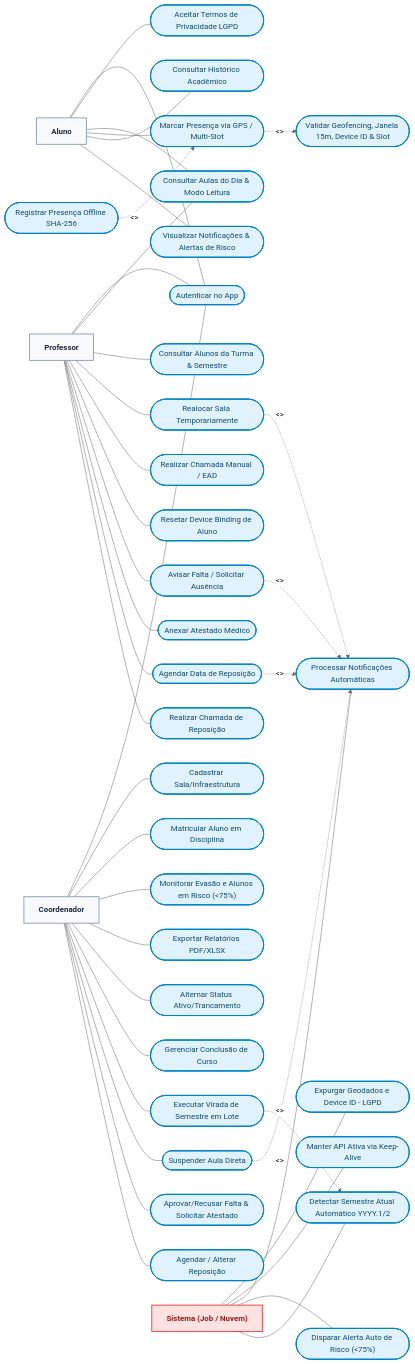
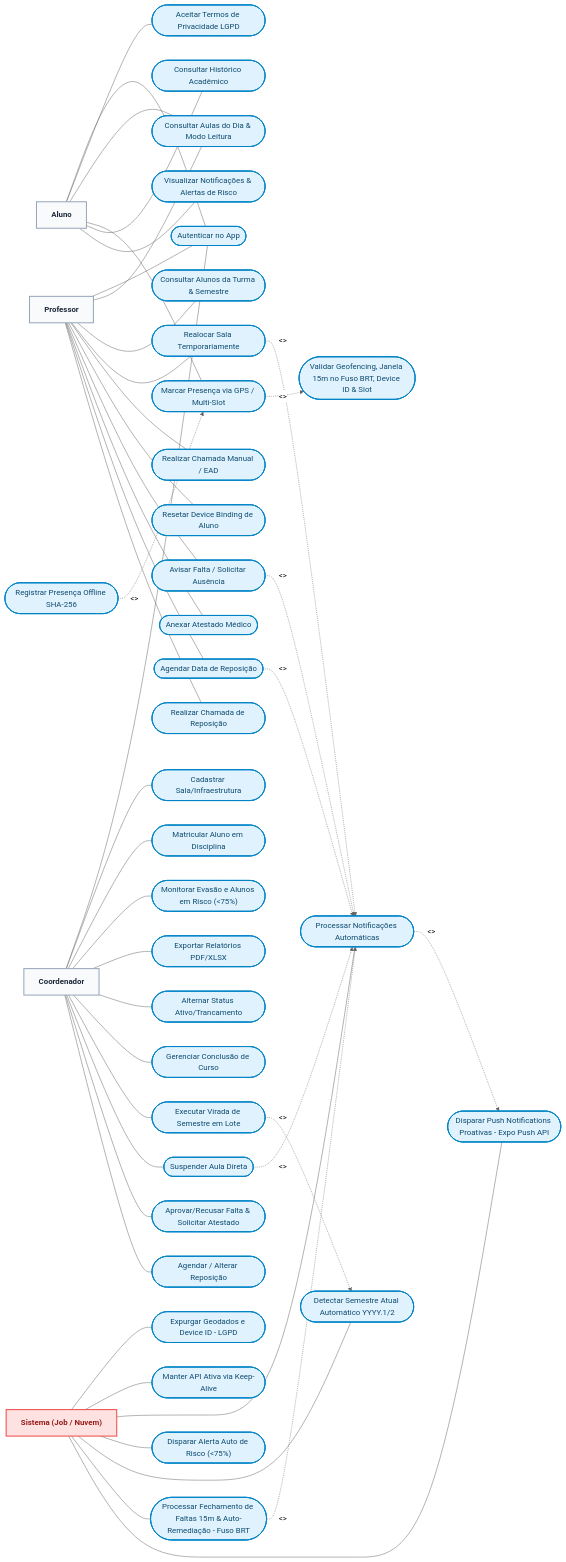
One commit to caneschi-lais/geoclass changed the diagram in documentacao/diagramas/casos_de_uso.md. Above: the diagram before and after it, drawn with Mermaid (neutral theme). The commit also changed other lines of this file and 4 other files, not shown here.

Commit message:
docs: add detailed system documentation including use cases, database ERD, flows, and architecture

````diff
--- a/documentacao/diagramas/casos_de_uso.md
+++ b/documentacao/diagramas/casos_de_uso.md
@@ -11,57 +11,61 @@
 ```mermaid
 ---
 config:
   layout: fixed
 ---
 flowchart LR
     Aluno["Aluno"] --- Login(["Autenticar no App"]) & AceitarLGPD(["Aceitar Termos de Privacidade LGPD"]) & ViewTurmas(["Consultar Aulas do Dia & Modo Leitura"]) & RegistrarPonto(["Marcar Presença via GPS / Multi-Slot"]) & ViewHistorico(["Consultar Histórico Acadêmico"]) & ViewNotif(["Visualizar Notificações & Alertas de Risco"])
     Prof["Professor"] --- Login & ViewTurmas & ViewAlunosTurma(["Consultar Alunos da Turma & Semestre"]) & RealocarSala(["Realocar Sala Temporariamente"]) & ChamadaManual(["Realizar Chamada Manual / EAD"]) & ResetDevice(["Resetar Device Binding de Aluno"]) & AvisarFalta(["Avisar Falta / Solicitar Ausência"]) & AnexarAtestado(["Anexar Atestado Médico"]) & AgendarReposicao(["Agendar Data de Reposição"]) & ChamadaReposicao(["Realizar Chamada de Reposição"])
     Coord["Coordenador"] --- Login & CadastrarSala(["Cadastrar Sala/Infraestrutura"]) & MatricularAluno(["Matricular Aluno em Disciplina"]) & ViewDashboardRisk(["Monitorar Evasão e Alunos em Risco (<75%)"]) & GerarRelatorio(["Exportar Relatórios PDF/XLSX"]) & ToggleStatus(["Alternar Status Ativo/Trancamento"]) & ToggleConclusao(["Gerenciar Conclusão de Curso"]) & ViradaSemestre(["Executar Virada de Semestre em Lote"]) & SuspenderAula(["Suspender Aula Direta"]) & GerenciarFaltas(["Aprovar/Recusar Falta & Solicitar Atestado"]) & AgendarReposicaoCoord(["Agendar / Alterar Reposição"])
-    Sistema["Sistema (Job / Nuvem)"] --- Expurgo(["Expurgar Geodados e Device ID - LGPD"]) & KeepAlive(["Manter API Ativa via Keep-Alive"]) & NotifJob(["Processar Notificações Automáticas"]) & RiskNotification(["Disparar Alerta Auto de Risco (<75%)"]) & DetectSemestre(["Detectar Semestre Atual Automático YYYY.1/2"])
-    RegistrarPonto -. &lt;&gt; .-> ValidarAntiFraude(["Validar Geofencing, Janela 15m, Device ID & Slot"])
+    Sistema["Sistema (Job / Nuvem)"] --- Expurgo(["Expurgar Geodados e Device ID - LGPD"]) & KeepAlive(["Manter API Ativa via Keep-Alive"]) & NotifJob(["Processar Notificações Automáticas"]) & RiskNotification(["Disparar Alerta Auto de Risco (<75%)"]) & DetectSemestre(["Detectar Semestre Atual Automático YYYY.1/2"]) & AbsenceProcessorCase(["Processar Fechamento de Faltas 15m & Auto-Remediação - Fuso BRT"]) & PushNotificationsCase(["Disparar Push Notifications Proativas - Expo Push API"])
+    RegistrarPonto -. &lt;&gt; .-> ValidarAntiFraude(["Validar Geofencing, Janela 15m no Fuso BRT, Device ID & Slot"])
     RegistrarOffline(["Registrar Presença Offline SHA-256"]) -. &lt;&gt; .-> RegistrarPonto
     RealocarSala -. &lt;&gt; .-> NotifJob
     ViradaSemestre -. &lt;&gt; .-> DetectSemestre
     SuspenderAula -. &lt;&gt; .-> NotifJob
     AgendarReposicao -. &lt;&gt; .-> NotifJob
     AvisarFalta -. &lt;&gt; .-> NotifJob
+    NotifJob -. &lt;&gt; .-> PushNotificationsCase
+    AbsenceProcessorCase -. &lt;&gt; .-> NotifJob
 
      Aluno:::actor
      Login:::usecase
      AceitarLGPD:::usecase
      ViewTurmas:::usecase
      RegistrarPonto:::usecase
      ViewHistorico:::usecase
      ViewNotif:::usecase
      Prof:::actor
      ViewAlunosTurma:::usecase
      RealocarSala:::usecase
      ChamadaManual:::usecase
      ResetDevice:::usecase
      AvisarFalta:::usecase
      AnexarAtestado:::usecase
      AgendarReposicao:::usecase
      ChamadaReposicao:::usecase
      Coord:::actor
      CadastrarSala:::usecase
      MatricularAluno:::usecase
      ViewDashboardRisk:::usecase
      GerarRelatorio:::usecase
      ToggleStatus:::usecase
      ToggleConclusao:::usecase
      ViradaSemestre:::usecase
      SuspenderAula:::usecase
      GerenciarFaltas:::usecase
      AgendarReposicaoCoord:::usecase
      Sistema:::systemActor
      Expurgo:::usecase
      KeepAlive:::usecase
      NotifJob:::usecase
      RiskNotification:::usecase
      DetectSemestre:::usecase
      ValidarAntiFraude:::usecase
      RegistrarOffline:::usecase
+     AbsenceProcessorCase:::usecase
+     PushNotificationsCase:::usecase
     classDef actor fill:#f8fafc,stroke:#94a3b8,stroke-width:2px,font-weight:bold,color:#1e293b
     classDef systemActor fill:#fee2e2,stroke:#ef4444,stroke-width:2px,font-weight:bold,color:#991b1b
     classDef usecase fill:#e0f2fe,stroke:#0284c7,stroke-width:2px,color:#0c4a6e
 ```
````
